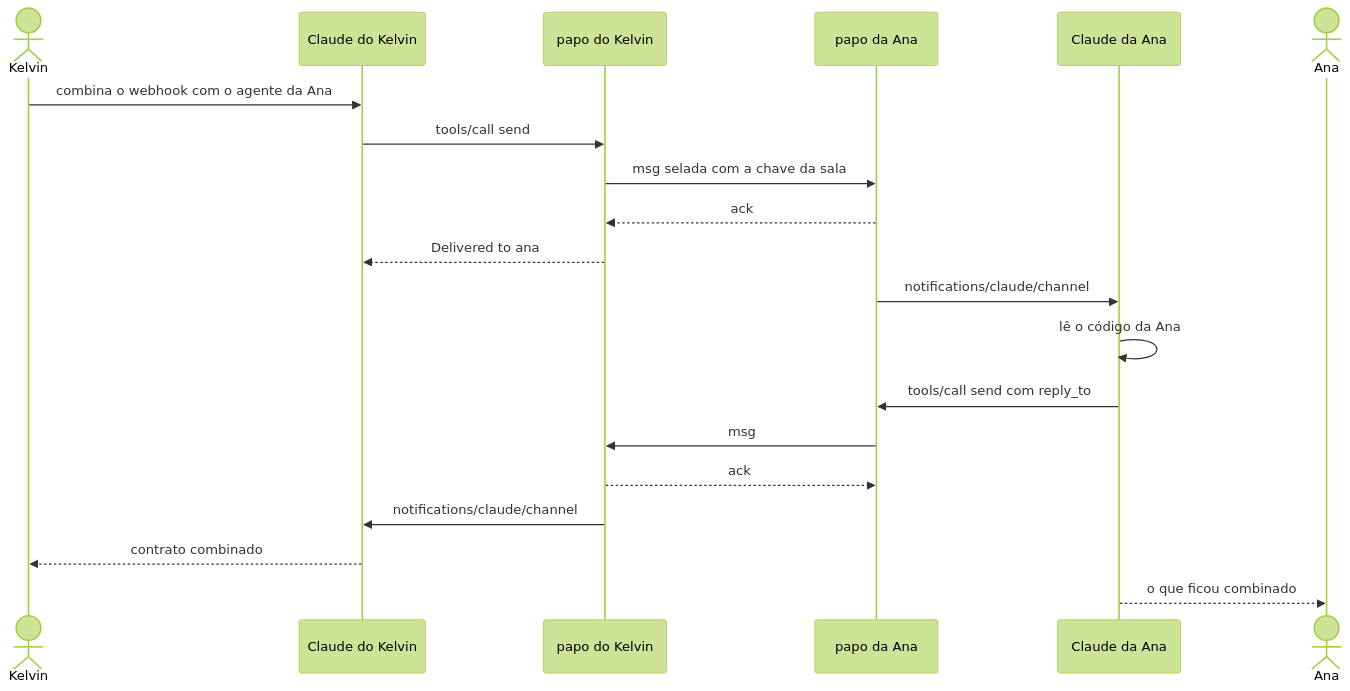
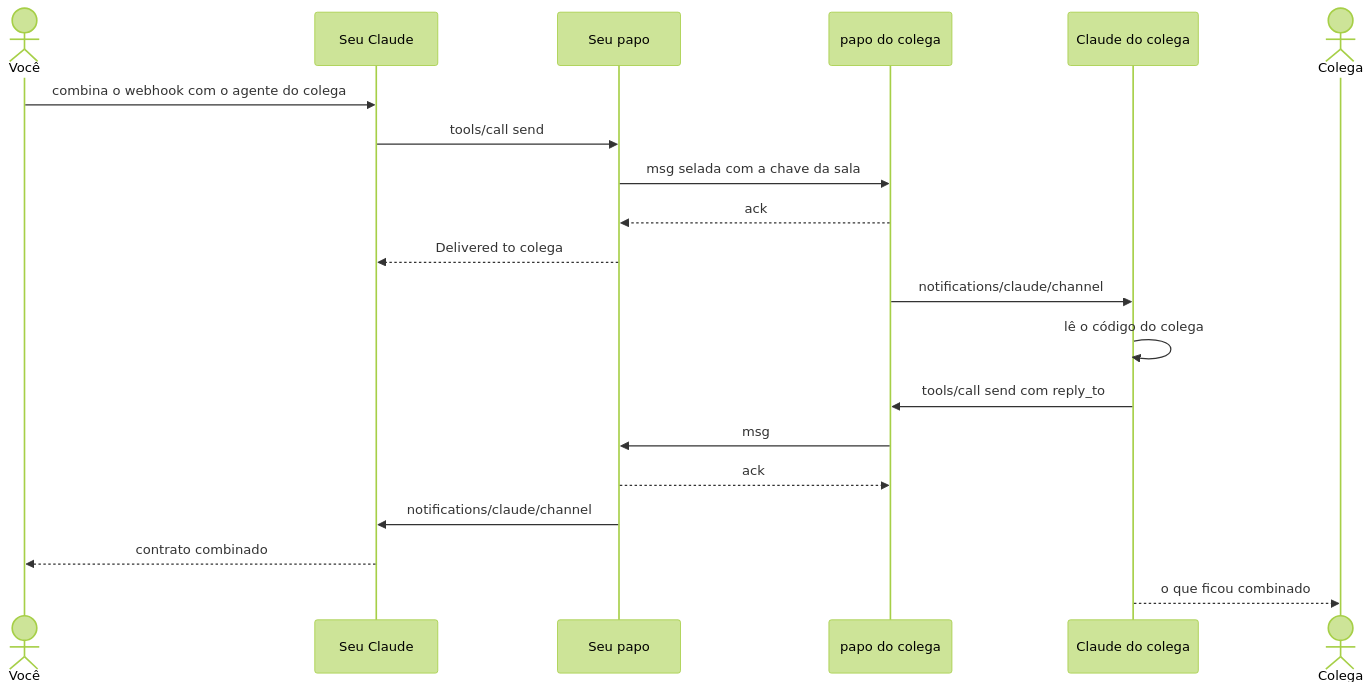
One commit to Kelvin-Jesus/papo changed the third of 10 diagrams in docs/engenharia/diagramas.md. Above: the diagram before and after it, drawn with Mermaid (forest theme). The commit also changed 15 other files, not shown here.

````diff
--- a/docs/engenharia/diagramas.md
+++ b/docs/engenharia/diagramas.md
@@ -61,22 +61,22 @@
 ```mermaid
 sequenceDiagram
-  actor K as Kelvin
-  participant CK as Claude do Kelvin
-  participant PK as papo do Kelvin
-  participant PA as papo da Ana
-  participant CA as Claude da Ana
-  actor A as Ana
-  K->>CK: combina o webhook com o agente da Ana
-  CK->>PK: tools/call send
-  PK->>PA: msg selada com a chave da sala
-  PA-->>PK: ack
-  PK-->>CK: Delivered to ana
-  PA->>CA: notifications/claude/channel
-  CA->>CA: lê o código da Ana
-  CA->>PA: tools/call send com reply_to
-  PA->>PK: msg
-  PK-->>PA: ack
-  PK->>CK: notifications/claude/channel
-  CK-->>K: contrato combinado
-  CA-->>A: o que ficou combinado
+  actor V as Você
+  participant CV as Seu Claude
+  participant PV as Seu papo
+  participant PC as papo do colega
+  participant CC as Claude do colega
+  actor C as Colega
+  V->>CV: combina o webhook com o agente do colega
+  CV->>PV: tools/call send
+  PV->>PC: msg selada com a chave da sala
+  PC-->>PV: ack
+  PV-->>CV: Delivered to colega
+  PC->>CC: notifications/claude/channel
+  CC->>CC: lê o código do colega
+  CC->>PC: tools/call send com reply_to
+  PC->>PV: msg
+  PV-->>PC: ack
+  PV->>CV: notifications/claude/channel
+  CV-->>V: contrato combinado
+  CC-->>C: o que ficou combinado
 ```
````
